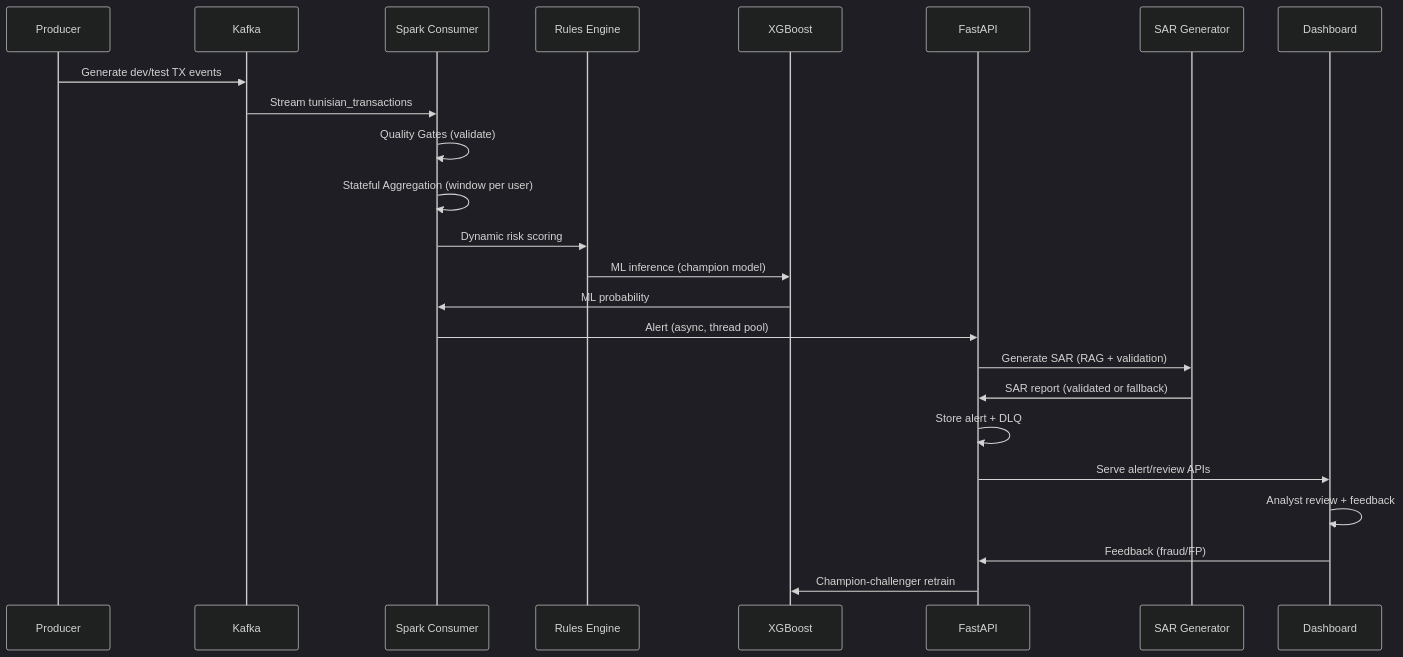
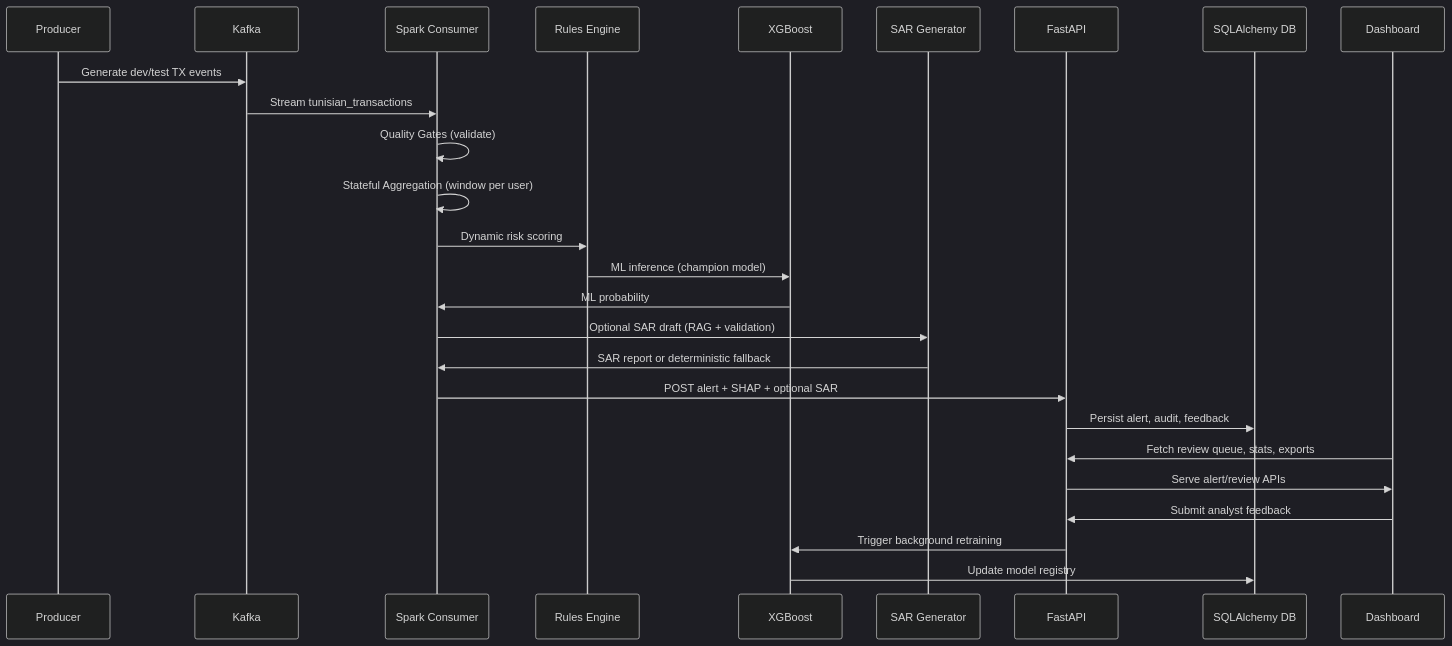
The third of 5 diagrams in README.md (ReguiguiMohamed/hybrid-real-time-fraud-detection-tunisia), drawn with Mermaid before and after one commit. The commit also changed other lines of this file, not shown here.

Commit message:
docs: align architecture diagrams with current flow

````diff
--- a/README.md
+++ b/README.md
@@ -90,28 +90,30 @@
 ```mermaid
 %%{init: {'theme': 'dark', 'themeVariables': { 'fontSize': '20px'}}}%%
 sequenceDiagram
     participant P as Producer
     participant K as Kafka
     participant C as Spark Consumer
     participant R as Rules Engine
     participant M as XGBoost
+    participant S as SAR Generator
     participant A as FastAPI
-    participant S as SAR Generator
+    participant DB as SQLAlchemy DB
     participant D as Dashboard
 
     P->>K: Generate dev/test TX events
     K->>C: Stream tunisian_transactions
     C->>C: Quality Gates (validate)
     C->>C: Stateful Aggregation (window per user)
     C->>R: Dynamic risk scoring
     R->>M: ML inference (champion model)
     M->>C: ML probability
-    C->>A: Alert (async, thread pool)
-    A->>S: Generate SAR (RAG + validation)
-    S->>A: SAR report (validated or fallback)
-    A->>A: Store alert + DLQ
+    C->>S: Optional SAR draft (RAG + validation)
+    S->>C: SAR report or deterministic fallback
+    C->>A: POST alert + SHAP + optional SAR
+    A->>DB: Persist alert, audit, feedback
+    D->>A: Fetch review queue, stats, exports
     A->>D: Serve alert/review APIs
-    D->>D: Analyst review + feedback
-    D->>A: Feedback (fraud/FP)
-    A->>M: Champion-challenger retrain
+    D->>A: Submit analyst feedback
+    A->>M: Trigger background retraining
+    M->>DB: Update model registry
 ```
````
